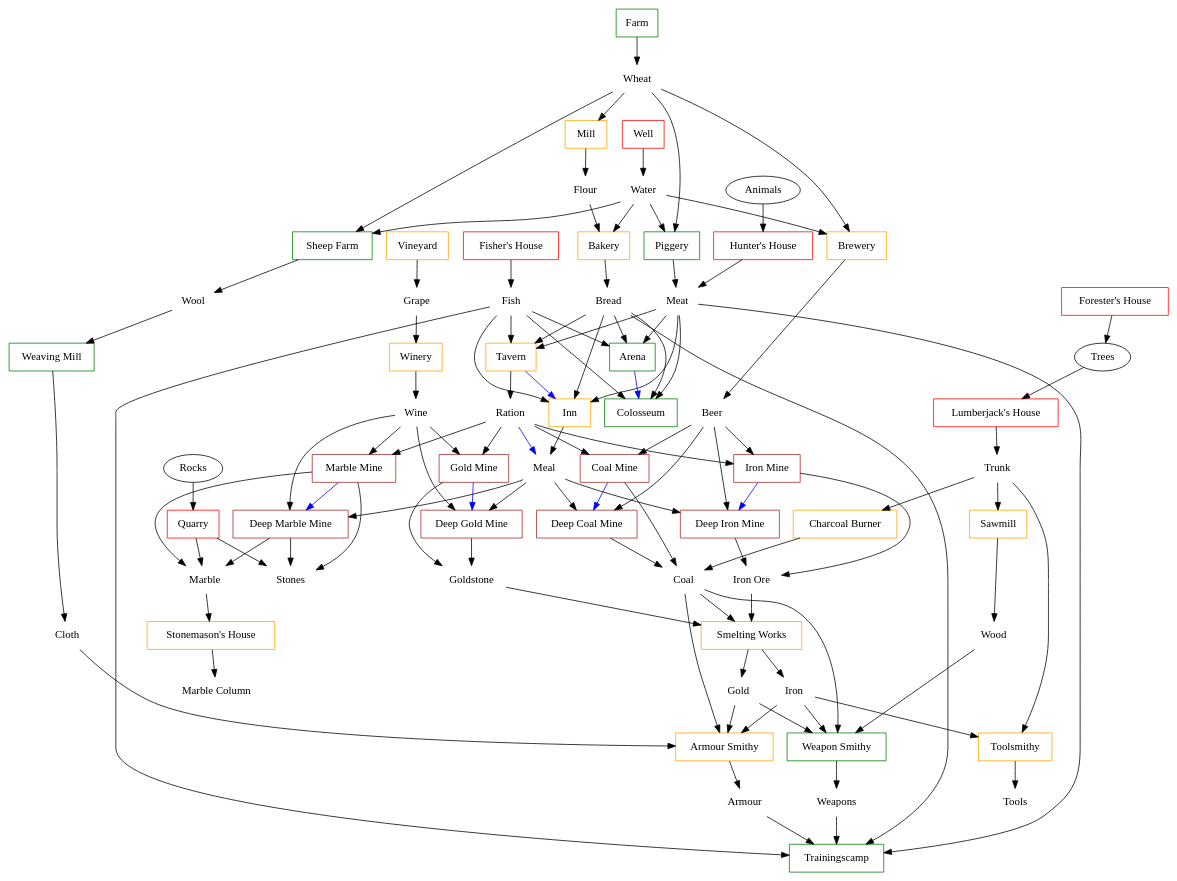
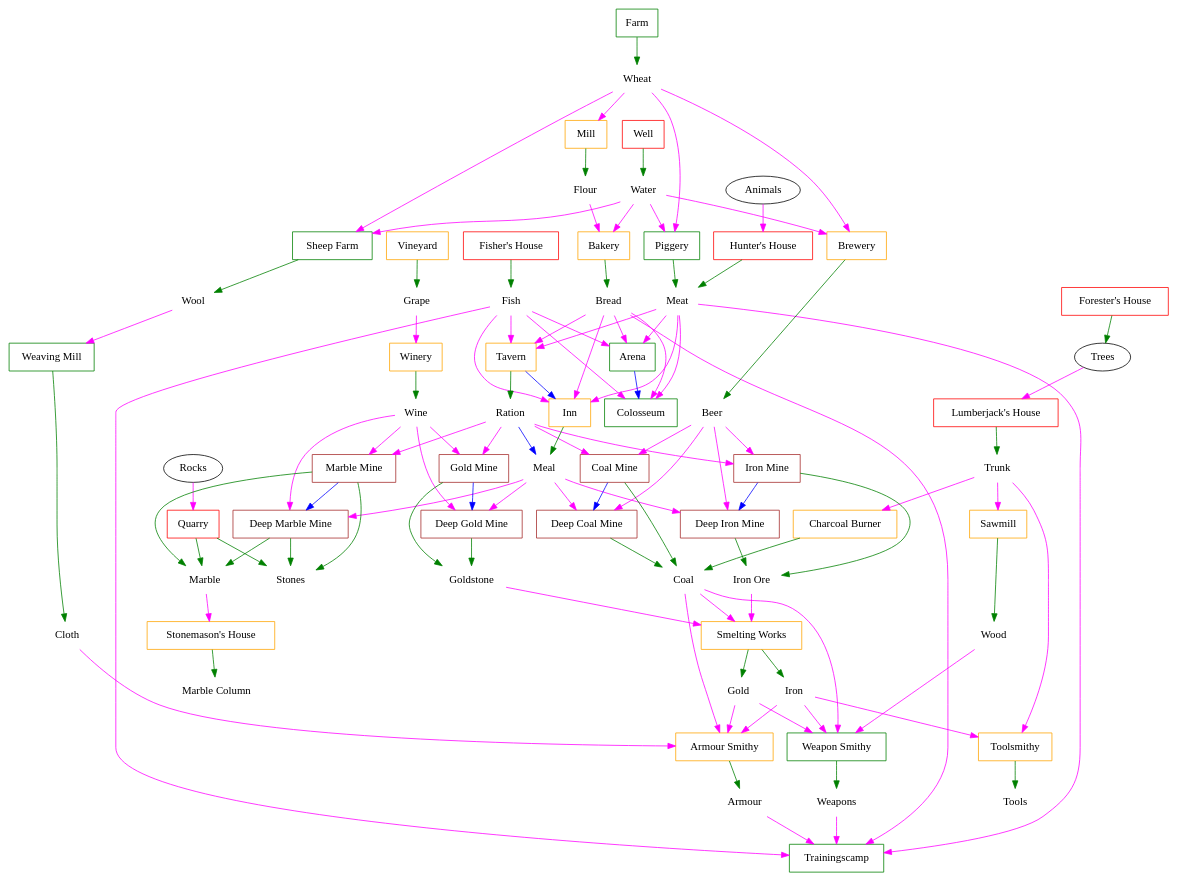
The diagram in imperials.dot (rhdunn/widelands-techtree), drawn with Graphviz before and after one commit. The commit also changed 2 other files, not shown here.

```diff
--- a/imperials.dot
+++ b/imperials.dot
@@ -96,114 +96,114 @@
 
 	// produces
 
-	"Fisher's House" -> "Fish"
-	"Forester's House" -> "Trees"
-	"Hunter's House" -> "Meat" // Is this correct? It isn't on the wiki page.
-	"Lumberjack's House" -> "Trunk"
-	"Quarry" -> "Stones"
-	"Quarry" -> "Marble"
-	"Well" -> "Water"
+	"Fisher's House" -> "Fish" [color=green]
+	"Forester's House" -> "Trees" [color=green]
+	"Hunter's House" -> "Meat" [color=green] // Is this correct? It isn't on the wiki page.
+	"Lumberjack's House" -> "Trunk" [color=green]
+	"Quarry" -> "Stones" [color=green]
+	"Quarry" -> "Marble" [color=green]
+	"Well" -> "Water" [color=green]
 
-	"Armour Smithy" -> "Armour"
-	"Bakery" -> "Bread"
-	"Brewery" -> "Beer"
-	"Charcoal Burner" -> "Coal"
-	"Mill" -> "Flour"
-	"Sawmill" -> "Wood"
-	"Smelting Works" -> "Gold"
-	"Smelting Works" -> "Iron"
-	"Stonemason's House" -> "Marble Column"
-	"Tavern" -> "Ration"
-	"Inn" -> "Meal"
-	"Toolsmithy" -> "Tools"
-	"Vineyard" -> "Grape"
-	"Winery" -> "Wine"
+	"Armour Smithy" -> "Armour" [color=green]
+	"Bakery" -> "Bread" [color=green]
+	"Brewery" -> "Beer" [color=green]
+	"Charcoal Burner" -> "Coal" [color=green]
+	"Mill" -> "Flour" [color=green]
+	"Sawmill" -> "Wood" [color=green]
+	"Smelting Works" -> "Gold" [color=green]
+	"Smelting Works" -> "Iron" [color=green]
+	"Stonemason's House" -> "Marble Column" [color=green]
+	"Tavern" -> "Ration" [color=green]
+	"Inn" -> "Meal" [color=green]
+	"Toolsmithy" -> "Tools" [color=green]
+	"Vineyard" -> "Grape" [color=green]
+	"Winery" -> "Wine" [color=green]
 
-	"Farm" -> "Wheat"
-	"Piggery" -> "Meat"
-	"Sheep Farm" -> "Wool"
-	"Weaving Mill" -> "Cloth"
-	"Weapon Smithy" -> "Weapons"
+	"Farm" -> "Wheat" [color=green]
+	"Piggery" -> "Meat" [color=green]
+	"Sheep Farm" -> "Wool" [color=green]
+	"Weaving Mill" -> "Cloth" [color=green]
+	"Weapon Smithy" -> "Weapons" [color=green]
 
-	"Coal Mine" -> "Coal"
-	"Gold Mine" -> "Goldstone"
-	"Iron Mine" -> "Iron Ore"
-	"Marble Mine" -> "Stones"
-	"Marble Mine" -> "Marble"
+	"Coal Mine" -> "Coal" [color=green]
+	"Gold Mine" -> "Goldstone" [color=green]
+	"Iron Mine" -> "Iron Ore" [color=green]
+	"Marble Mine" -> "Stones" [color=green]
+	"Marble Mine" -> "Marble" [color=green]
 
-	"Deep Coal Mine" -> "Coal"
-	"Deep Gold Mine" -> "Goldstone"
-	"Deep Iron Mine" -> "Iron Ore"
-	"Deep Marble Mine" -> "Stones"
-	"Deep Marble Mine" -> "Marble"
+	"Deep Coal Mine" -> "Coal" [color=green]
+	"Deep Gold Mine" -> "Goldstone" [color=green]
+	"Deep Iron Mine" -> "Iron Ore" [color=green]
+	"Deep Marble Mine" -> "Stones" [color=green]
+	"Deep Marble Mine" -> "Marble" [color=green]
 
 	// consumes
 
-	"Animals" -> "Hunter's House"
-	"Trees" -> "Lumberjack's House"
-	"Rocks" -> "Quarry"
+	"Animals" -> "Hunter's House" [color=magenta]
+	"Trees" -> "Lumberjack's House" [color=magenta]
+	"Rocks" -> "Quarry" [color=magenta]
 
-	"Gold" -> "Armour Smithy"
-	"Cloth" -> "Armour Smithy"
-	"Iron" -> "Armour Smithy"
-	"Coal" -> "Armour Smithy"
-	"Flour" -> "Bakery"
-	"Water" -> "Bakery"
-	"Wheat" -> "Brewery"
-	"Water" -> "Brewery"
-	"Trunk" -> "Charcoal Burner"
-	"Trunk" -> "Sawmill"
-	"Wheat" -> "Mill"
-	"Goldstone" -> "Smelting Works"
-	"Iron Ore" -> "Smelting Works"
-	"Coal" -> "Smelting Works"
-	"Marble" -> "Stonemason's House"
-	"Fish" -> "Tavern"
-	"Bread" -> "Tavern"
-	"Meat" -> "Tavern"
-	"Fish" -> "Inn"
-	"Bread" -> "Inn"
-	"Meat" -> "Inn"
-	"Trunk" -> "Toolsmithy"
-	"Iron" -> "Toolsmithy"
-	"Grape" -> "Winery"
+	"Gold" -> "Armour Smithy" [color=magenta]
+	"Cloth" -> "Armour Smithy" [color=magenta]
+	"Iron" -> "Armour Smithy" [color=magenta]
+	"Coal" -> "Armour Smithy" [color=magenta]
+	"Flour" -> "Bakery" [color=magenta]
+	"Water" -> "Bakery" [color=magenta]
+	"Wheat" -> "Brewery" [color=magenta]
+	"Water" -> "Brewery" [color=magenta]
+	"Trunk" -> "Charcoal Burner" [color=magenta]
+	"Trunk" -> "Sawmill" [color=magenta]
+	"Wheat" -> "Mill" [color=magenta]
+	"Goldstone" -> "Smelting Works" [color=magenta]
+	"Iron Ore" -> "Smelting Works" [color=magenta]
+	"Coal" -> "Smelting Works" [color=magenta]
+	"Marble" -> "Stonemason's House" [color=magenta]
+	"Fish" -> "Tavern" [color=magenta]
+	"Bread" -> "Tavern" [color=magenta]
+	"Meat" -> "Tavern" [color=magenta]
+	"Fish" -> "Inn" [color=magenta]
+	"Bread" -> "Inn" [color=magenta]
+	"Meat" -> "Inn" [color=magenta]
+	"Trunk" -> "Toolsmithy" [color=magenta]
+	"Iron" -> "Toolsmithy" [color=magenta]
+	"Grape" -> "Winery" [color=magenta]
 
-	"Fish" -> "Arena"
-	"Bread" -> "Arena"
-	"Meat" -> "Arena"
-	"Fish" -> "Colosseum"
-	"Bread" -> "Colosseum"
-	"Meat" -> "Colosseum"
-	"Wheat" -> "Piggery"
-	"Water" -> "Piggery"
-	"Wheat" -> "Sheep Farm"
-	"Water" -> "Sheep Farm"
-	"Wool" -> "Weaving Mill"
-	"Gold" -> "Weapon Smithy"
-	"Iron" -> "Weapon Smithy"
-	"Coal" -> "Weapon Smithy"
-	"Wood" -> "Weapon Smithy"
-	"Weapons" -> "Trainingscamp"
-	"Armour" -> "Trainingscamp"
-	"Fish" -> "Trainingscamp"
-	"Bread" -> "Trainingscamp"
-	"Meat" -> "Trainingscamp"
+	"Fish" -> "Arena" [color=magenta]
+	"Bread" -> "Arena" [color=magenta]
+	"Meat" -> "Arena" [color=magenta]
+	"Fish" -> "Colosseum" [color=magenta]
+	"Bread" -> "Colosseum" [color=magenta]
+	"Meat" -> "Colosseum" [color=magenta]
+	"Wheat" -> "Piggery" [color=magenta]
+	"Water" -> "Piggery" [color=magenta]
+	"Wheat" -> "Sheep Farm" [color=magenta]
+	"Water" -> "Sheep Farm" [color=magenta]
+	"Wool" -> "Weaving Mill" [color=magenta]
+	"Gold" -> "Weapon Smithy" [color=magenta]
+	"Iron" -> "Weapon Smithy" [color=magenta]
+	"Coal" -> "Weapon Smithy" [color=magenta]
+	"Wood" -> "Weapon Smithy" [color=magenta]
+	"Weapons" -> "Trainingscamp" [color=magenta]
+	"Armour" -> "Trainingscamp" [color=magenta]
+	"Fish" -> "Trainingscamp" [color=magenta]
+	"Bread" -> "Trainingscamp" [color=magenta]
+	"Meat" -> "Trainingscamp" [color=magenta]
 
-	"Beer" -> "Coal Mine"
-	"Ration" -> "Coal Mine"
-	"Wine" -> "Gold Mine"
-	"Ration" -> "Gold Mine"
-	"Beer" -> "Iron Mine"
-	"Ration" -> "Iron Mine"
-	"Wine" -> "Marble Mine"
-	"Ration" -> "Marble Mine"
+	"Beer" -> "Coal Mine" [color=magenta]
+	"Ration" -> "Coal Mine" [color=magenta]
+	"Wine" -> "Gold Mine" [color=magenta]
+	"Ration" -> "Gold Mine" [color=magenta]
+	"Beer" -> "Iron Mine" [color=magenta]
+	"Ration" -> "Iron Mine" [color=magenta]
+	"Wine" -> "Marble Mine" [color=magenta]
+	"Ration" -> "Marble Mine" [color=magenta]
 
-	"Beer" -> "Deep Coal Mine"
-	"Meal" -> "Deep Coal Mine"
-	"Wine" -> "Deep Gold Mine"
-	"Meal" -> "Deep Gold Mine"
-	"Beer" -> "Deep Iron Mine"
-	"Meal" -> "Deep Iron Mine"
-	"Wine" -> "Deep Marble Mine"
-	"Meal" -> "Deep Marble Mine"
+	"Beer" -> "Deep Coal Mine" [color=magenta]
+	"Meal" -> "Deep Coal Mine" [color=magenta]
+	"Wine" -> "Deep Gold Mine" [color=magenta]
+	"Meal" -> "Deep Gold Mine" [color=magenta]
+	"Beer" -> "Deep Iron Mine" [color=magenta]
+	"Meal" -> "Deep Iron Mine" [color=magenta]
+	"Wine" -> "Deep Marble Mine" [color=magenta]
+	"Meal" -> "Deep Marble Mine" [color=magenta]
 }
```
